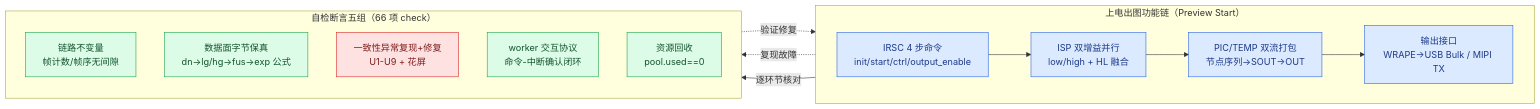
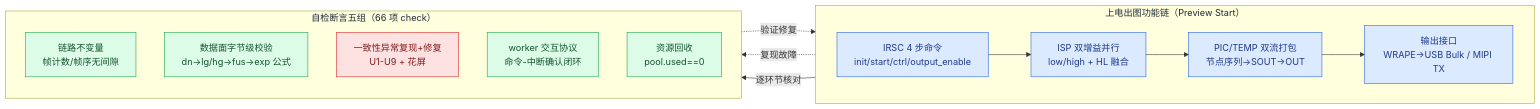
Before and after one commit to DeguiLiu/coact: the diagram in docs/example_ISP_pipeline_functional_test_report_zh.md, drawn with Mermaid. The commit also changed other lines of this file and 9 other files, not shown here.

````diff
--- a/docs/example_ISP_pipeline_functional_test_report_zh.md
+++ b/docs/example_ISP_pipeline_functional_test_report_zh.md
@@ -11,23 +11,25 @@
 ```mermaid
 flowchart LR
     subgraph BOOT["上电出图功能链（Preview Start）"]
         direction LR
         A1["IRSC 4 步命令<br/>init/start/ctrl/output_enable"]:::f1 --> A2["ISP 双增益并行<br/>low/high + HL 融合"]:::f1
         A2 --> A3["PIC/TEMP 双流打包<br/>节点序列→SOUT→OUT"]:::f1
         A3 --> A4["输出接口<br/>WRAPE→USB Bulk / MIPI TX"]:::f1
     end
     subgraph ASSERT["自检断言五组（66 项 check）"]
         direction TB
         B1["链路不变量<br/>帧计数/帧序无间隙"]:::f2
-        B2["数据面字节保真<br/>dn→lg/hg→fus→exp 公式"]:::f2
+        B2["数据面字节级校验<br/>dn→lg/hg→fus→exp 公式"]:::f2
         B3["一致性异常复现+修复<br/>U1-U9 + 花屏"]:::f3
         B4["worker 交互协议<br/>命令-中断确认闭环"]:::f2
         B5["资源回收<br/>pool.used==0"]:::f2
     end
     BOOT -->|"逐环节核对"| ASSERT
     A3 -.->|"复现故障"| B3
     B3 -.->|"验证修复"| A3
     classDef f1 fill:#dbeafe,stroke:#2563eb,color:#1e3a8a
     classDef f2 fill:#dcfce7,stroke:#16a34a,color:#14532d
     classDef f3 fill:#fee2e2,stroke:#dc2626,color:#7f1d1d
+    style BOOT color:#1f2937
+    style ASSERT color:#1f2937
 ```
````
